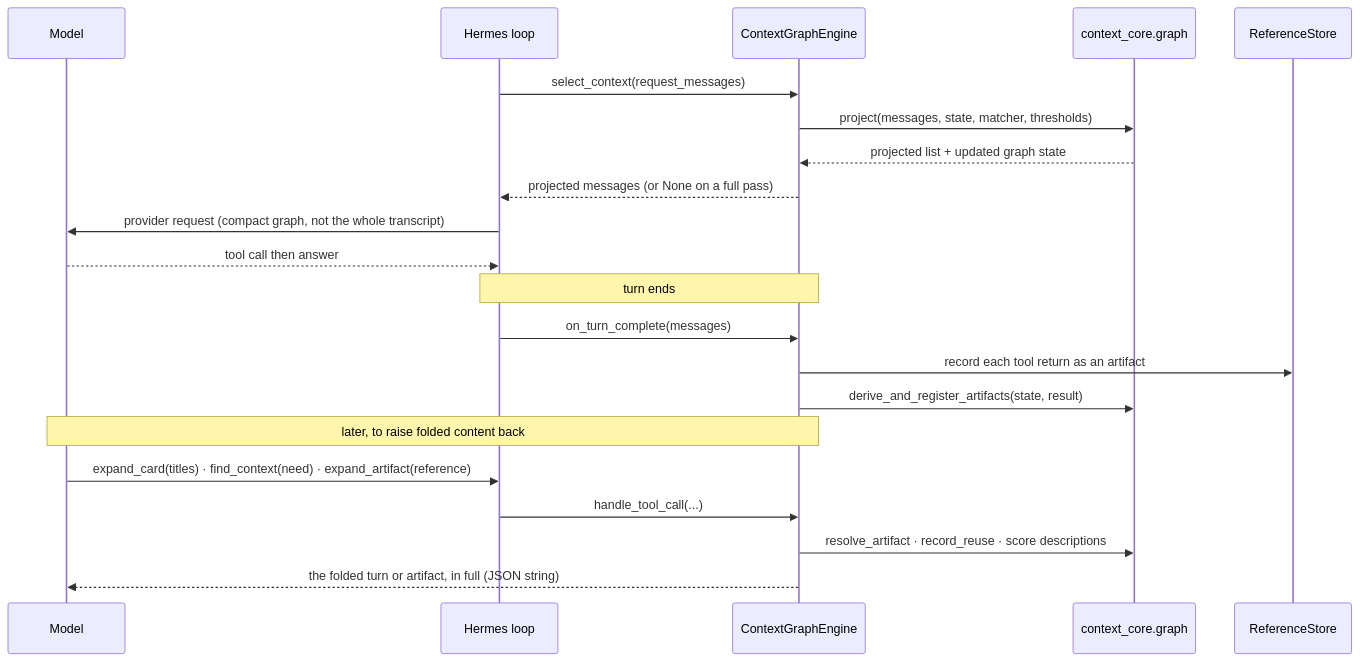
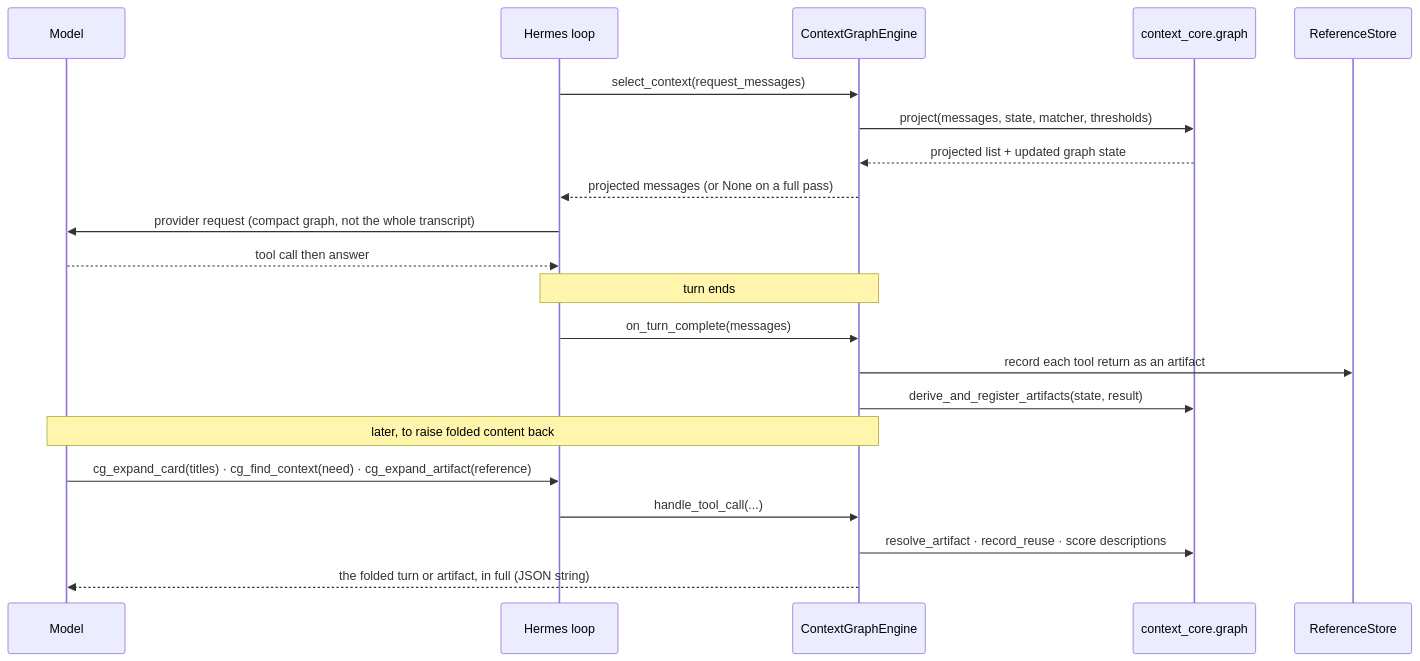
The diagram in docs/design/sequence/hermes/sequence-d-context-graph.md (aws-samples/sample-context-engineering), drawn with Mermaid before and after one commit. The commit also changed other lines of this file and 124 other files, not shown here.

````diff
--- a/docs/design/sequence/hermes/sequence-d-context-graph.md
+++ b/docs/design/sequence/hermes/sequence-d-context-graph.md
@@ -42,24 +42,24 @@
 ```mermaid
 sequenceDiagram
     participant M as Model
     participant H as Hermes loop
     participant E as ContextGraphEngine
     participant C as context_core.graph
     participant S as ReferenceStore
 
     H->>E: select_context(request_messages)
     E->>C: project(messages, state, matcher, thresholds)
     C-->>E: projected list + updated graph state
     E-->>H: projected messages (or None on a full pass)
     H->>M: provider request (compact graph, not the whole transcript)
     M-->>H: tool call then answer
     Note over H,E: turn ends
     H->>E: on_turn_complete(messages)
     E->>S: record each tool return as an artifact
     E->>C: derive_and_register_artifacts(state, result)
     Note over M,E: later, to raise folded content back
-    M->>H: expand_card(titles) · find_context(need) · expand_artifact(reference)
+    M->>H: cg_expand_card(titles) · cg_find_context(need) · cg_expand_artifact(reference)
     H->>E: handle_tool_call(...)
     E->>C: resolve_artifact · record_reuse · score descriptions
     E-->>M: the folded turn or artifact, in full (JSON string)
 ```
````
